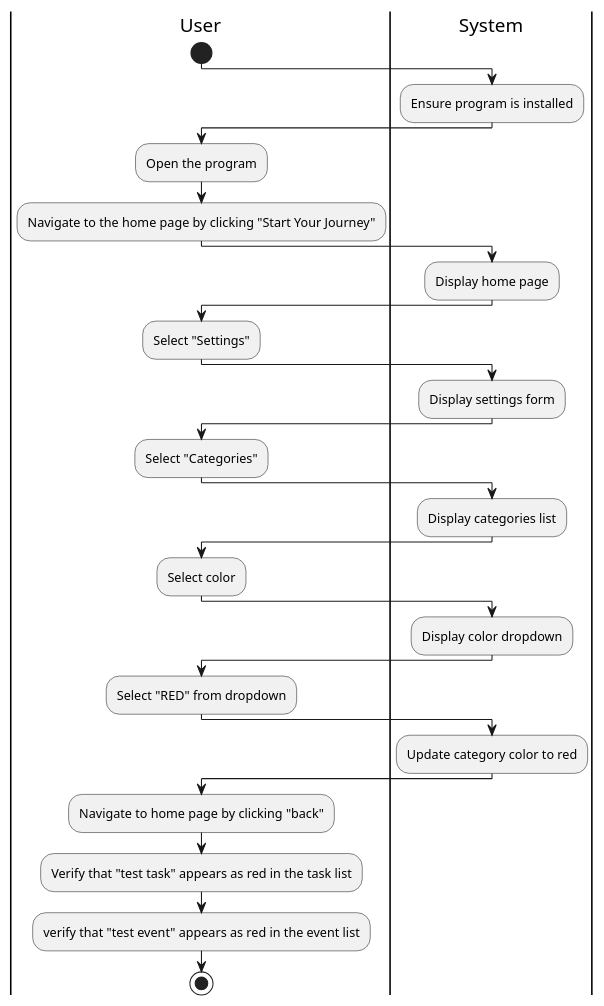
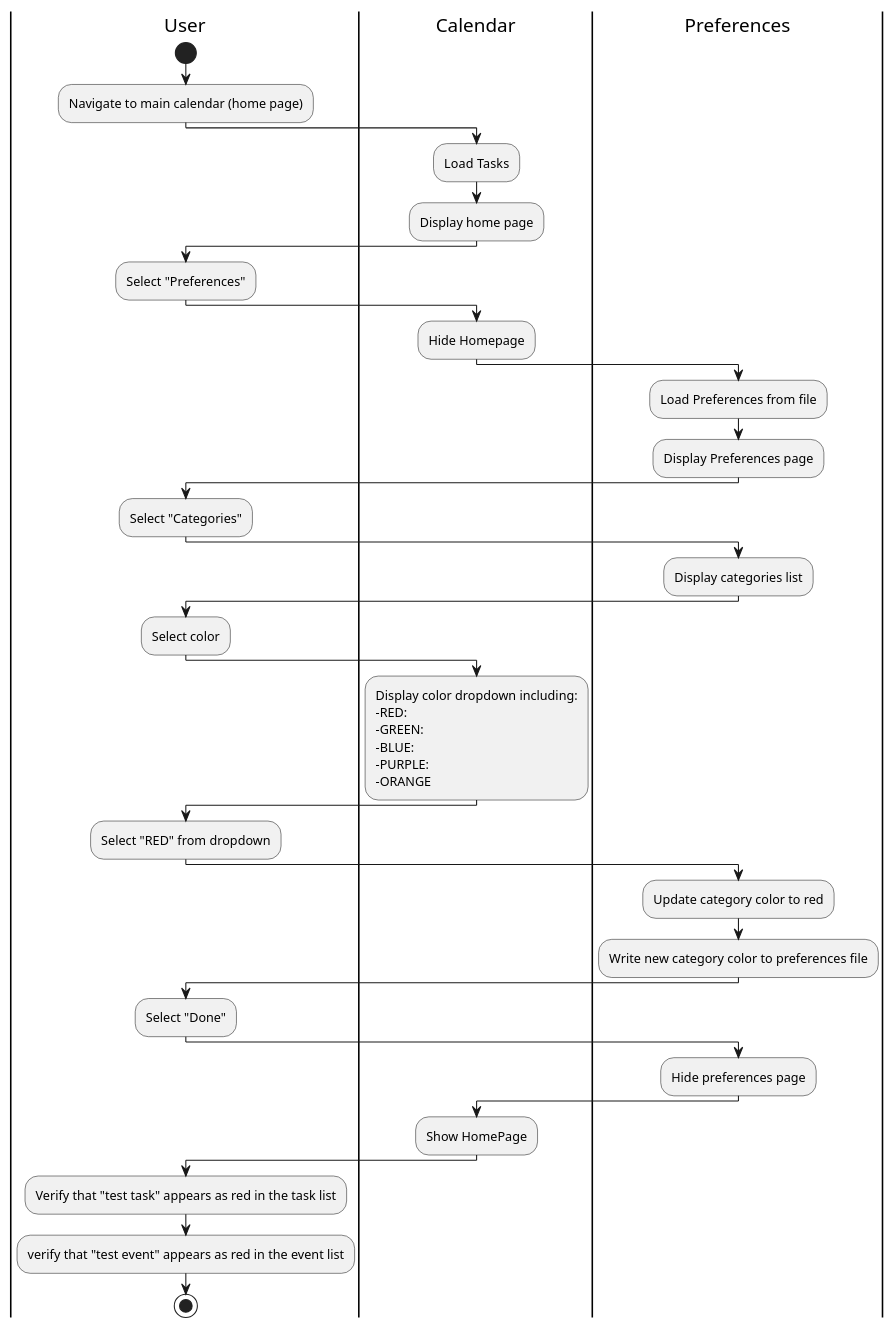
Before and after one commit to CS361-2024Fall-Term/Innovators: the diagram in assignment7/change_category_color.puml, drawn with PlantUML. The commit also changed 1 other file, not shown here.

Commit message:
Revise set_task_priority and change_category_color activity diagrams

```diff
--- a/assignment7/change_category_color.puml
+++ b/assignment7/change_category_color.puml
@@ -1,47 +1,61 @@
 @startuml
 |User|
 start
 
-|System|
-:Ensure program is installed;
 
 |User|
-:Open the program;
-:Navigate to the home page by clicking "Start Your Journey";
+:Navigate to main calendar (home page);
 
-|System|
+|Calendar|
+:Load Tasks;
 :Display home page;
 
 |User|
-:Select "Settings";
+:Select "Preferences";
 
-|System|
-:Display settings form;
+|Calendar|
+:Hide Homepage;
+
+|Preferences|
+:Load Preferences from file;
+:Display Preferences page;
 
 |User|
 :Select "Categories";
 
-|System|
+|Preferences|
 :Display categories list;
 
 |User|
 :Select color;
 
-|System|
-:Display color dropdown;
+|Calendar|
+:Display color dropdown including:
+-RED:
+-GREEN:
+-BLUE:
+-PURPLE:
+-ORANGE;
 
 |User|
 :Select "RED" from dropdown;
 
-|System|
+|Preferences|
 :Update category color to red;
+:Write new category color to preferences file;
 
 |User|
-:Navigate to home page by clicking "back";
+:Select "Done";
+
+|Preferences|
+:Hide preferences page;
+
+|Calendar|
+:Show HomePage;
 
 |User|
 :Verify that "test task" appears as red in the task list;
 :verify that "test event" appears as red in the event list;
 stop
 
 @enduml
```
